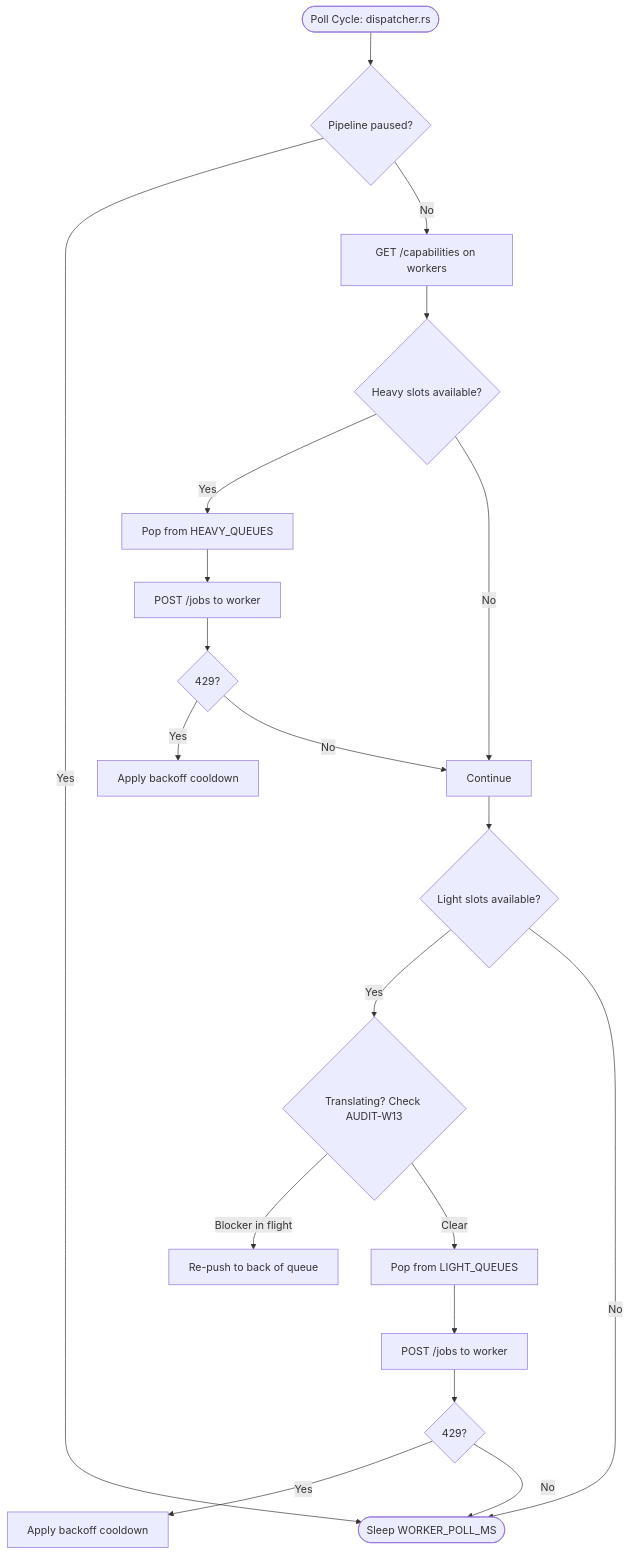
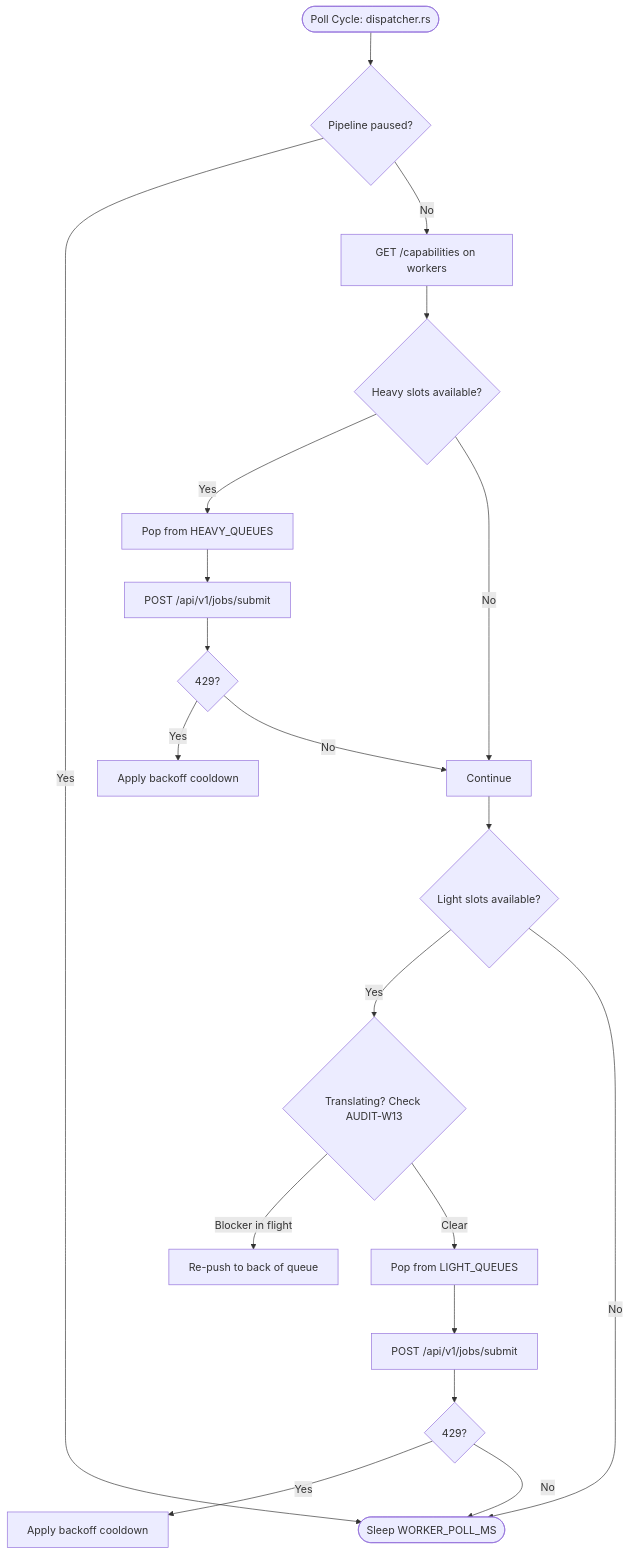
The diagram in docs/reference/slot_allocation.md (sagniKdas53/manga-tl), drawn with Mermaid before and after one commit. The commit also changed other lines of this file and 1 other file, not shown here.

Commit message:
docs: correct dispatcher endpoint and reader-mode / manual-review wording
Second-pass Codex findings on the reference docs:

- slot_allocation.md: the dispatcher POSTs jobs to /api/v1/jobs/submit, not
  /jobs (dispatcher.rs:266). Fixed in the flow diagram and the 429 note.
- translation_pipeline_phases.md: same-language passthrough is decided by
  handle_layout_callback, not start_pipeline (start_pipeline never checks
  languages).
- translation_pipeline_phases.md: needsManualIntervention marks regions and
  the QA layer metadata manual_review and returns the MANUAL_REVIEW verdict;
  it does not set a page-level status, and accepted edits in the same
  callback still get a finalPass render.

Also re-point the worker submodule to the matching worker docs branch head.

Claude-Session: https://claude.ai/code/session_01Kvxyo6f2YN9LF54fN4fxht

````diff
--- a/docs/reference/slot_allocation.md
+++ b/docs/reference/slot_allocation.md
@@ -45,23 +45,23 @@
 ```mermaid
 graph TD
     Start([Poll Cycle: dispatcher.rs]) --> CheckPause{Pipeline paused?}
     CheckPause -->|Yes| End([Sleep WORKER_POLL_MS])
     CheckPause -->|No| ProbeCap[GET /capabilities on workers]
     ProbeCap --> CheckHeavy{Heavy slots available?}
     CheckHeavy -->|Yes| PopHeavy[Pop from HEAVY_QUEUES]
-    PopHeavy --> PostHeavy[POST /jobs to worker]
+    PopHeavy --> PostHeavy[POST /api/v1/jobs/submit]
     PostHeavy --> Check429H{429?}
     Check429H -->|Yes| CooldownH[Apply backoff cooldown]
     Check429H -->|No| NextStep[Continue]
     CheckHeavy -->|No| NextStep
 
     NextStep --> CheckLight{Light slots available?}
     CheckLight -->|Yes| CheckSeq{Translating? Check AUDIT-W13}
     CheckSeq -->|Blocker in flight| Repush[Re-push to back of queue]
     CheckSeq -->|Clear| PopLight[Pop from LIGHT_QUEUES]
-    PopLight --> PostLight[POST /jobs to worker]
+    PopLight --> PostLight[POST /api/v1/jobs/submit]
     PostLight --> Check429L{429?}
     Check429L -->|Yes| CooldownL[Apply backoff cooldown]
     Check429L -->|No| End
     CheckLight -->|No| End
 ```
````
